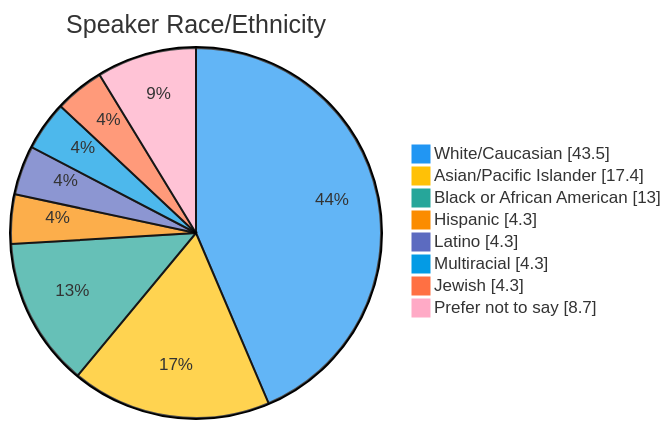
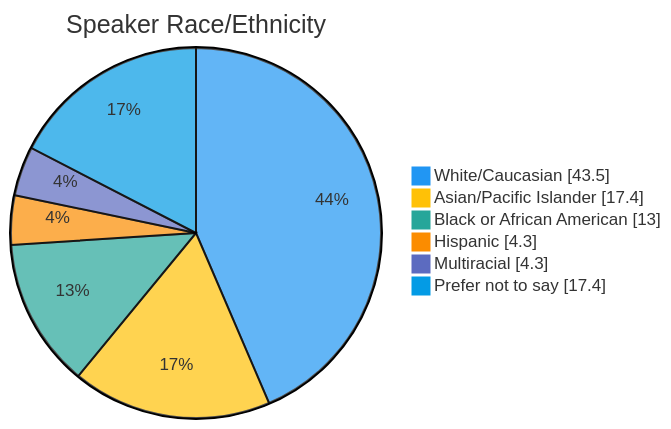
The fifth of 8 diagrams in docs/blog/posts/2026-conference-recap.md (pytexas/pytexas.github.io), drawn with Mermaid before and after one commit. The commit also changed other lines of this file, not shown here.

Commit message:
Update speaker race chart categories

````diff
--- a/docs/blog/posts/2026-conference-recap.md
+++ b/docs/blog/posts/2026-conference-recap.md
@@ -324,13 +324,11 @@
 ```mermaid
 %%{init: {'theme': 'base', 'themeVariables': { 'pie1': '#2196F3', 'pie2': '#FFC107', 'pie3': '#26A69A', 'pie4': '#FB8C00', 'pie5': '#5C6BC0', 'pie6': '#039BE5', 'pie7': '#FF7043'}}}%%
 pie showData
     title Speaker Race/Ethnicity
     "White/Caucasian": 43.5
     "Asian/Pacific Islander": 17.4
     "Black or African American": 13.0
     "Hispanic": 4.3
-    "Latino": 4.3
     "Multiracial": 4.3
-    "Jewish": 4.3
-    "Prefer not to say": 8.7
+    "Prefer not to say": 17.4
 ```
````
